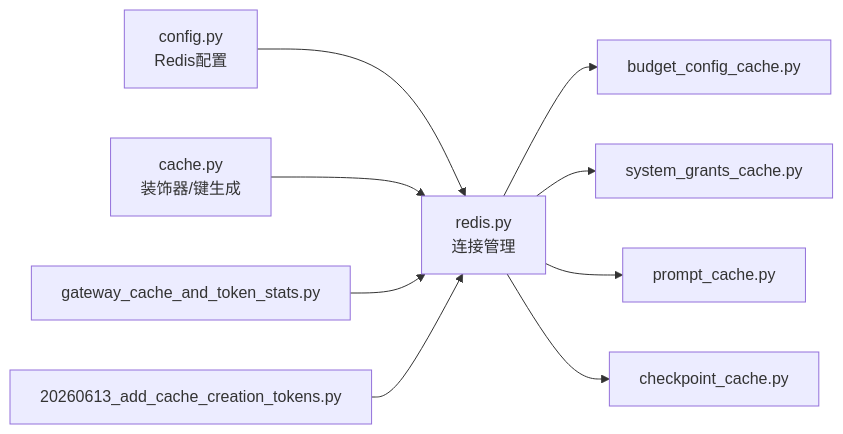
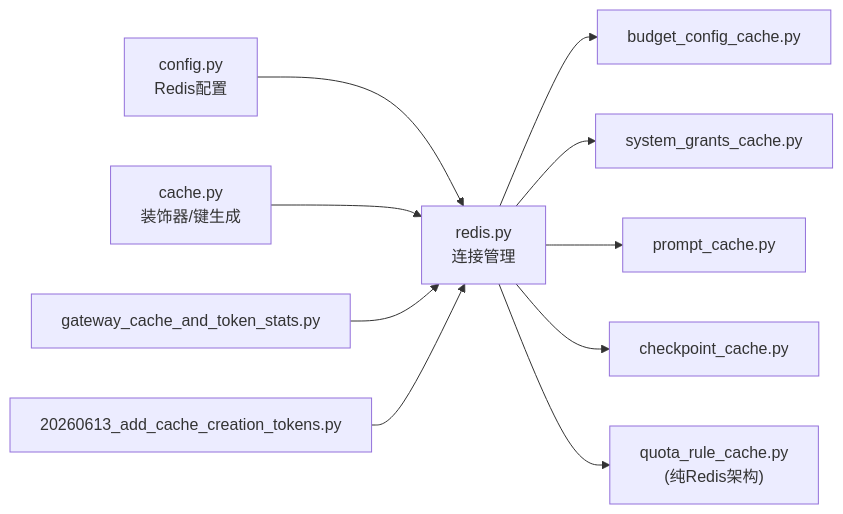
Before and after one commit to tianyehedashu/ai-agent: the seventh of 7 diagrams in .qoder/repowiki/zh/content/后端服务架构/基础设施层/缓存系统.md, drawn with Mermaid. The commit also changed other lines of this file and 50 other files, not shown here.

````diff
--- a/.qoder/repowiki/zh/content/后端服务架构/基础设施层/缓存系统.md
+++ b/.qoder/repowiki/zh/content/后端服务架构/基础设施层/缓存系统.md
@@ -365,11 +390,12 @@
 ```mermaid
 graph LR
 Config["config.py<br/>Redis配置"] --> RedisLib["redis.py<br/>连接管理"]
 Utils["cache.py<br/>装饰器/键生成"] --> RedisLib
 RedisLib --> DomainBudget["budget_config_cache.py"]
 RedisLib --> DomainSystem["system_grants_cache.py"]
 RedisLib --> Prompt["prompt_cache.py"]
 RedisLib --> Checkpoint["checkpoint_cache.py"]
+RedisLib --> QuotaRules["quota_rule_cache.py<br/>(纯Redis架构)"]
 Tests["gateway_cache_and_token_stats.py"] --> RedisLib
 Migration["20260613_add_cache_creation_tokens.py"] --> RedisLib
 ```
````
